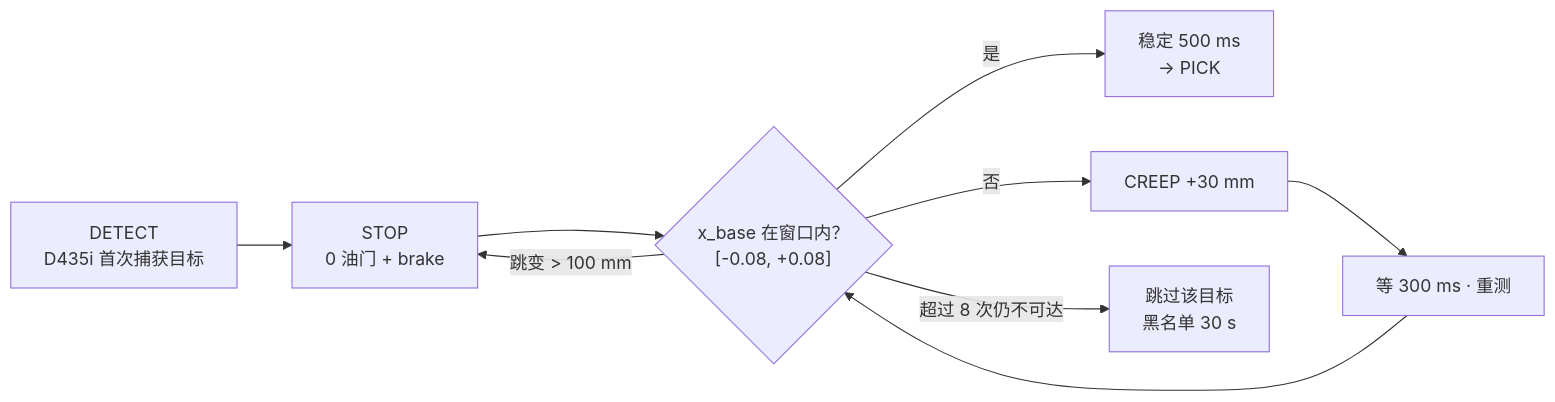
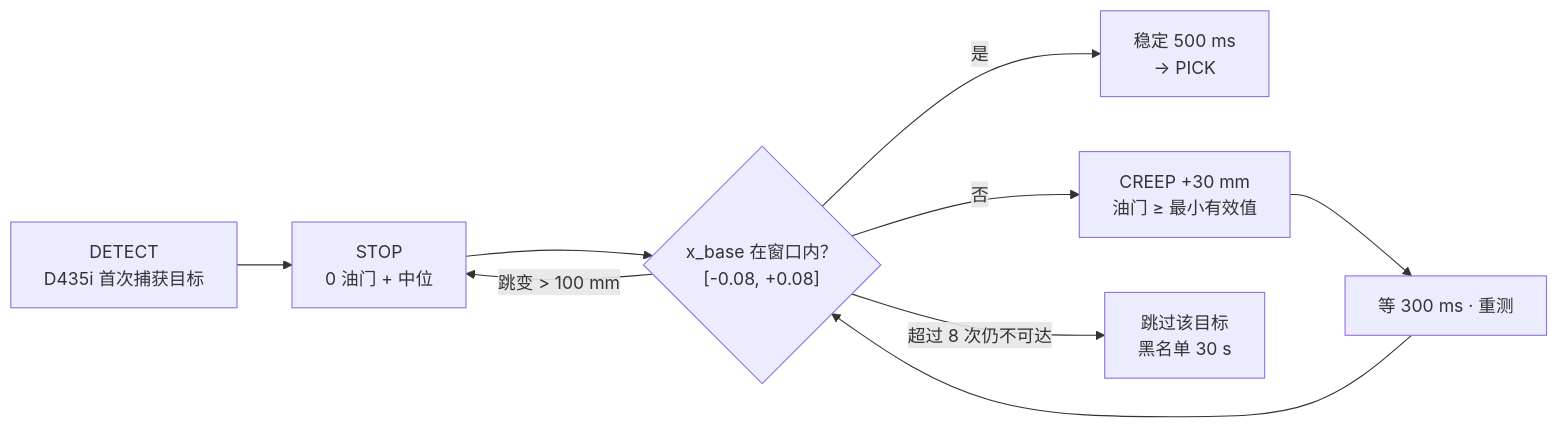
The diagram in docs/diagrams/07-parking.mmd (BohnChen/PickOrangeDummy), drawn with Mermaid before and after one commit. The commit also changed 16 other files, not shown here.

```diff
--- a/docs/diagrams/07-parking.mmd
+++ b/docs/diagrams/07-parking.mmd
@@ -1,9 +1,9 @@
 graph LR
-    A["DETECT<br/>D435i 首次捕获目标"] --> B["STOP<br/>0 油门 + brake"]
+    A["DETECT<br/>D435i 首次捕获目标"] --> B["STOP<br/>0 油门 + 中位"]
     B --> C{"x_base 在窗口内？<br/>[-0.08, +0.08]"}
     C -- "是" --> D["稳定 500 ms<br/>→ PICK"]
-    C -- "否" --> E["CREEP +30 mm"]
+    C -- "否" --> E["CREEP +30 mm<br/>油门 ≥ 最小有效值"]
     E --> F["等 300 ms · 重测"]
     F --> C
     C -- "跳变 > 100 mm" --> B
     C -- "超过 8 次仍不可达" --> G["跳过该目标<br/>黑名单 30 s"]
```
